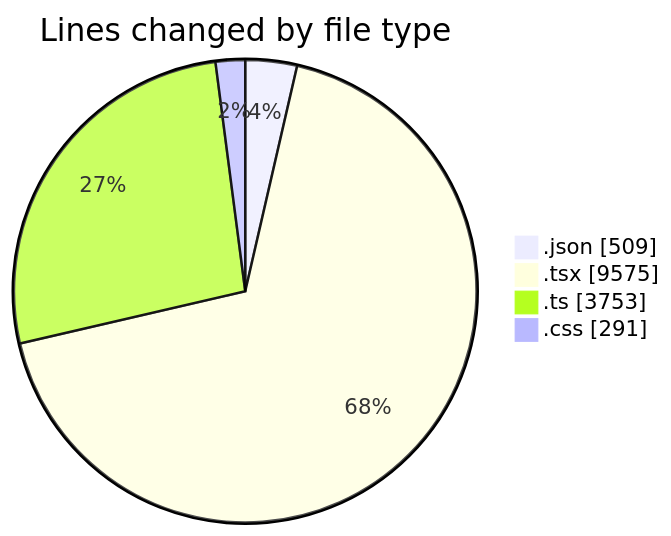
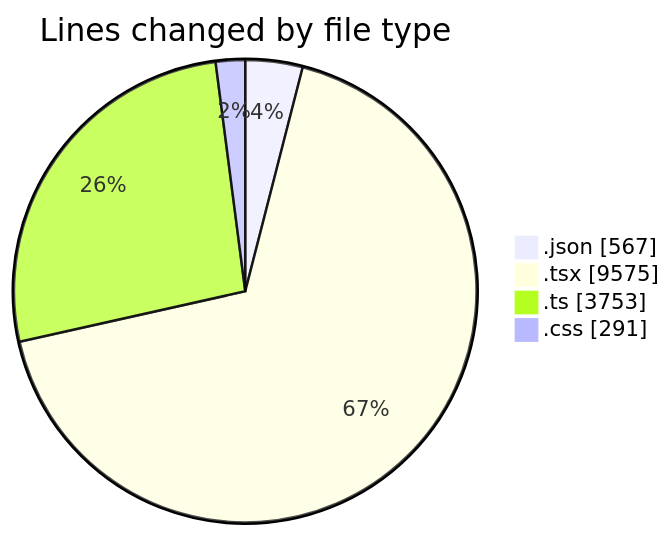
One commit to julien-gomy/code-tracking changed the first of 2 diagrams in 2025-10-07/eventscop-frontend-guide__workspace_/README.md. Above: the diagram before and after it, drawn with Mermaid. The commit also changed other lines of this file and 1 other file, not shown here.

````diff
--- a/2025-10-07/eventscop-frontend-guide__workspace_/README.md
+++ b/2025-10-07/eventscop-frontend-guide__workspace_/README.md
@@ -89,8 +90,8 @@
 ```mermaid
 pie showData
 title Lines changed by file type
-".json" : 509
+".json" : 567
 ".tsx" : 9575
 ".ts" : 3753
 ".css" : 291
 ```
````
